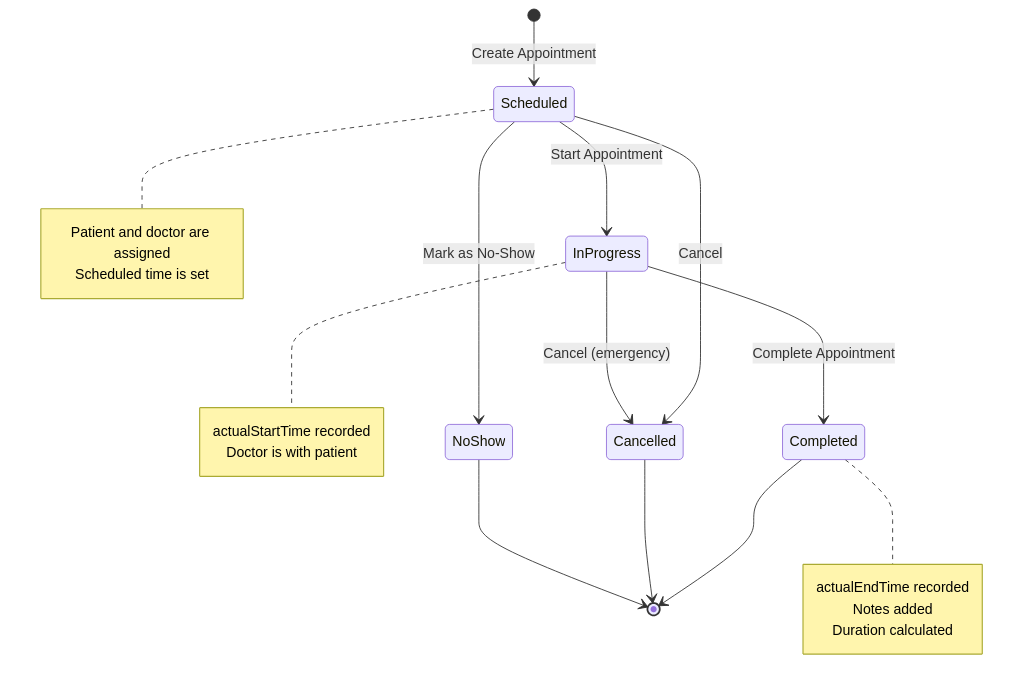
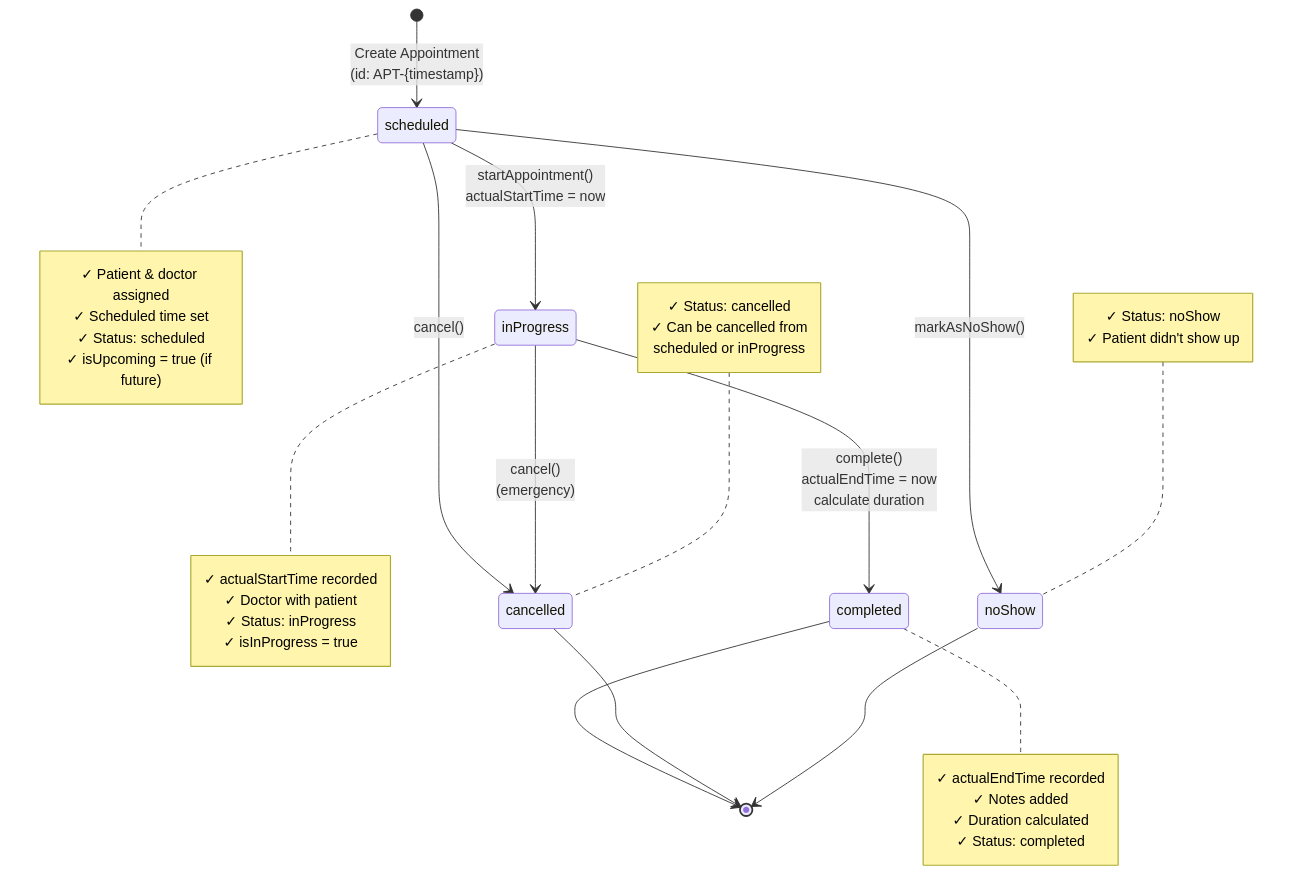
The tenth of 12 diagrams in UML_DIAGRAMS.md (longboren/Hospital_Management_Systems), drawn with Mermaid before and after one commit. The commit also changed other lines of this file and 8 other files, not shown here.

````diff
--- a/UML_DIAGRAMS.md
+++ b/UML_DIAGRAMS.md
@@ -663,31 +874,46 @@
 ```mermaid
 stateDiagram-v2
-    [*] --> Scheduled: Create Appointment
+    [*] --> scheduled: Create Appointment<br/>(id: APT-{timestamp})
     
-    Scheduled --> InProgress: Start Appointment
-    Scheduled --> Cancelled: Cancel
-    Scheduled --> NoShow: Mark as No-Show
+    scheduled --> inProgress: startAppointment()<br/>actualStartTime = now
+    scheduled --> cancelled: cancel()
+    scheduled --> noShow: markAsNoShow()
     
-    InProgress --> Completed: Complete Appointment
-    InProgress --> Cancelled: Cancel (emergency)
+    inProgress --> completed: complete()<br/>actualEndTime = now<br/>calculate duration
+    inProgress --> cancelled: cancel()<br/>(emergency)
     
-    Completed --> [*]
-    Cancelled --> [*]
-    NoShow --> [*]
+    completed --> [*]
+    cancelled --> [*]
+    noShow --> [*]
     
-    note right of Scheduled
-        Patient and doctor are assigned
-        Scheduled time is set
+    note right of scheduled
+        ✓ Patient & doctor assigned
+        ✓ Scheduled time set
+        ✓ Status: scheduled
+        ✓ isUpcoming = true (if future)
     end note
     
-    note right of InProgress
-        actualStartTime recorded
-        Doctor is with patient
+    note right of inProgress
+        ✓ actualStartTime recorded
+        ✓ Doctor with patient
+        ✓ Status: inProgress
+        ✓ isInProgress = true
     end note
     
-    note right of Completed
-        actualEndTime recorded
-        Notes added
-        Duration calculated
+    note right of completed
+        ✓ actualEndTime recorded
+        ✓ Notes added
+        ✓ Duration calculated
+        ✓ Status: completed
+    end note
+    
+    note left of cancelled
+        ✓ Status: cancelled
+        ✓ Can be cancelled from<br/>  scheduled or inProgress
+    end note
+    
+    note left of noShow
+        ✓ Status: noShow
+        ✓ Patient didn't show up
     end note
 ```
````
